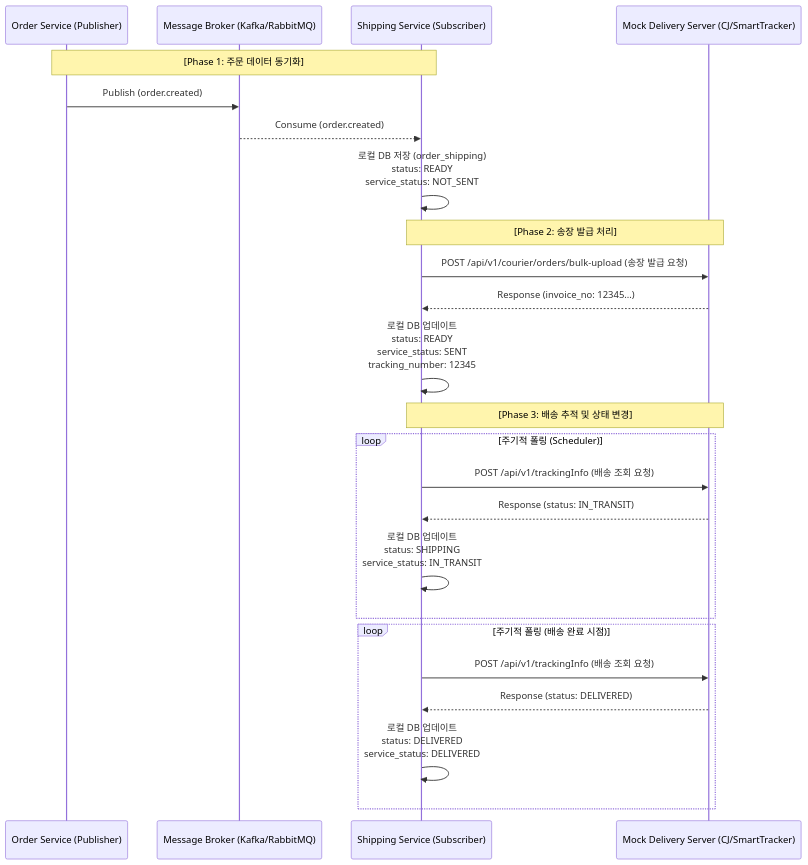
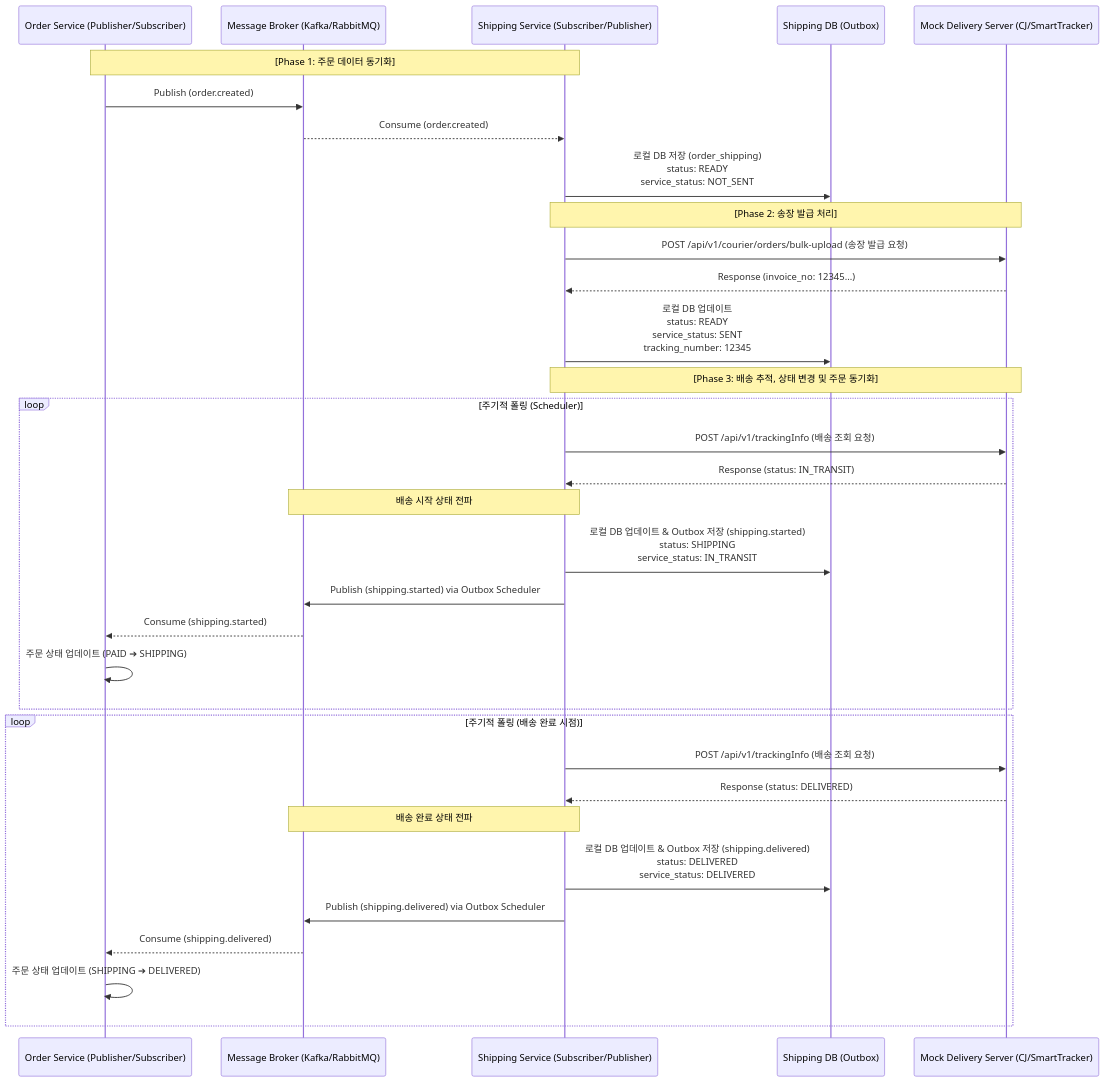
One commit to gr1993/ecommerce-msa changed the first of 4 diagrams in service/shipping-service/README.md. Above: the diagram before and after it, drawn with Mermaid. The commit also changed other lines of this file and 6 other files, not shown here.

Commit message:
feat(shipping): shipping.started, shipping.delivered 이벤트 발행 로직 구현

````diff
--- a/service/shipping-service/README.md
+++ b/service/shipping-service/README.md
@@ -30,34 +30,43 @@
 ```mermaid
 sequenceDiagram
-    participant Order as Order Service (Publisher)
+    participant Order as Order Service (Publisher/Subscriber)
     participant Broker as Message Broker (Kafka/RabbitMQ)
-    participant Ship as Shipping Service (Subscriber)
+    participant Ship as Shipping Service (Subscriber/Publisher)
+    participant ShipDB as Shipping DB (Outbox)
     participant Mock as Mock Delivery Server (CJ/SmartTracker)
 
     Note over Order, Ship: [Phase 1: 주문 데이터 동기화]
     Order->>Broker: Publish (order.created)
     Broker-->>Ship: Consume (order.created)
     
-    Ship->>Ship: 로컬 DB 저장 (order_shipping)<br/>status: READY<br/>service_status: NOT_SENT
+    Ship->>ShipDB: 로컬 DB 저장 (order_shipping)<br/>status: READY<br/>service_status: NOT_SENT
 
     Note over Ship, Mock: [Phase 2: 송장 발급 처리]
     Ship->>Mock: POST /api/v1/courier/orders/bulk-upload (송장 발급 요청)
     Mock-->>Ship: Response (invoice_no: 12345...)
     
-    Ship->>Ship: 로컬 DB 업데이트<br/>status: READY<br/>service_status: SENT<br/>tracking_number: 12345
+    Ship->>ShipDB: 로컬 DB 업데이트<br/>status: READY<br/>service_status: SENT<br/>tracking_number: 12345
 
-    Note over Ship, Mock: [Phase 3: 배송 추적 및 상태 변경]
+    Note over Ship, Mock: [Phase 3: 배송 추적, 상태 변경 및 주문 동기화]
     loop 주기적 폴링 (Scheduler)
         Ship->>Mock: POST /api/v1/trackingInfo (배송 조회 요청)
         Mock-->>Ship: Response (status: IN_TRANSIT)
         
-        Ship->>Ship: 로컬 DB 업데이트<br/>status: SHIPPING<br/>service_status: IN_TRANSIT
+        Note over Ship, Broker: 배송 시작 상태 전파
+        Ship->>ShipDB: 로컬 DB 업데이트 & Outbox 저장 (shipping.started)<br/>status: SHIPPING<br/>service_status: IN_TRANSIT
+        Ship->>Broker: Publish (shipping.started) via Outbox Scheduler
+        Broker-->>Order: Consume (shipping.started)
+        Order->>Order: 주문 상태 업데이트 (PAID ➔ SHIPPING)
     end
 
     loop 주기적 폴링 (배송 완료 시점)
         Ship->>Mock: POST /api/v1/trackingInfo (배송 조회 요청)
         Mock-->>Ship: Response (status: DELIVERED)
         
-        Ship->>Ship: 로컬 DB 업데이트<br/>status: DELIVERED<br/>service_status: DELIVERED
+        Note over Ship, Broker: 배송 완료 상태 전파
+        Ship->>ShipDB: 로컬 DB 업데이트 & Outbox 저장 (shipping.delivered)<br/>status: DELIVERED<br/>service_status: DELIVERED
+        Ship->>Broker: Publish (shipping.delivered) via Outbox Scheduler
+        Broker-->>Order: Consume (shipping.delivered)
+        Order->>Order: 주문 상태 업데이트 (SHIPPING ➔ DELIVERED)
     end
 ```
````
